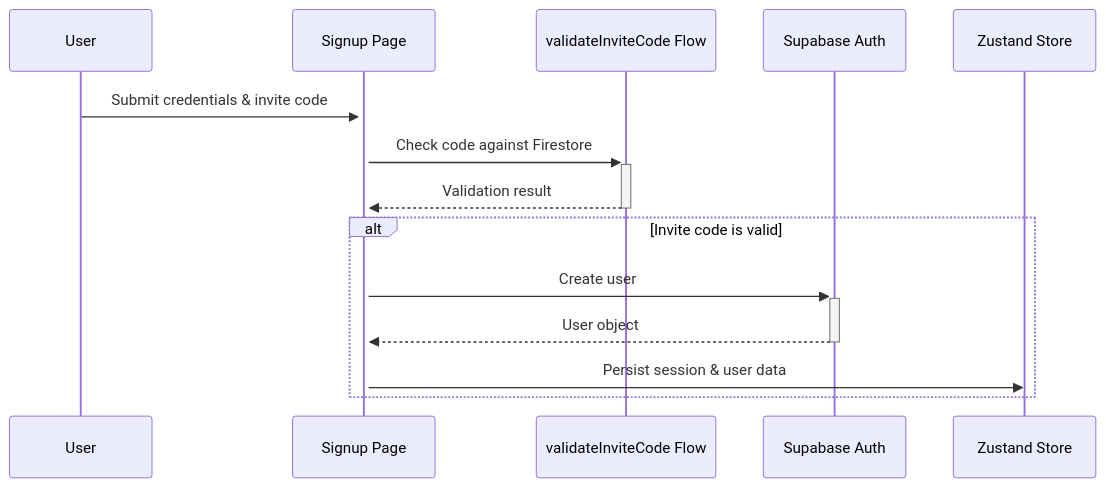
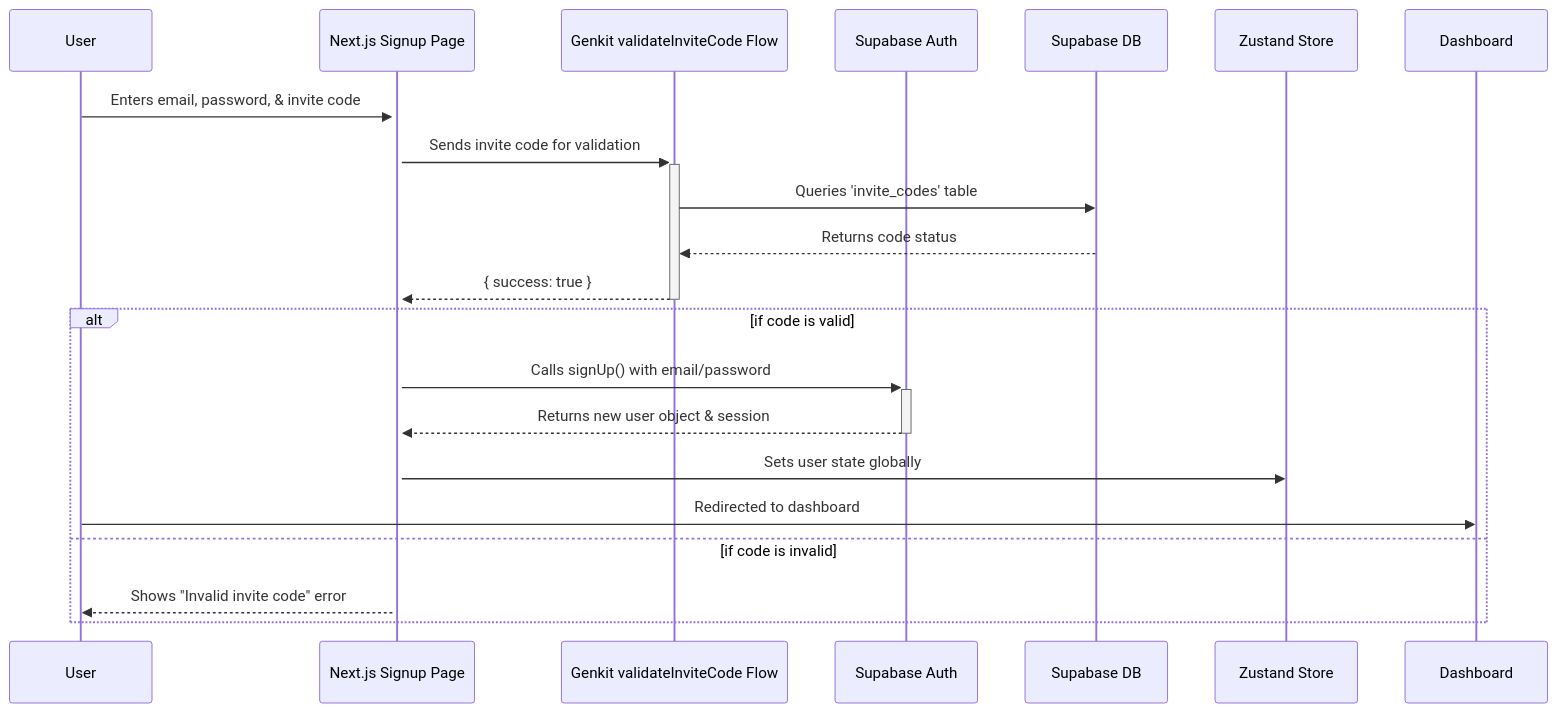
The second of 2 diagrams in docs/technical-spec.md (Intro0siddiqui/Elmiclan), drawn with Mermaid before and after one commit. The commit also changed other lines of this file and 10 other files, not shown here.

````diff
--- a/docs/technical-spec.md
+++ b/docs/technical-spec.md
@@ -18,11 +45,21 @@
-  ```mermaid
-  sequenceDiagram
-      User->>+Signup Page: Submit credentials & invite code
-      Signup Page->>+validateInviteCode Flow: Check code against Firestore
-      validateInviteCode Flow-->>-Signup Page: Validation result
-      alt Invite code is valid
-          Signup Page->>+Supabase Auth: Create user
-          Supabase Auth-->>-Signup Page: User object
-          Signup Page->>Zustand Store: Persist session & user data
-      end
-  ```
+```mermaid
+sequenceDiagram
+    participant User
+    participant SignupPage as Next.js Signup Page
+    participant ValidateFlow as Genkit validateInviteCode Flow
+    participant SupabaseAuth as Supabase Auth
+
+    User->>+SignupPage: Enters email, password, & invite code
+    SignupPage->>+ValidateFlow: Sends invite code for validation
+    ValidateFlow->>Supabase DB: Queries 'invite_codes' table
+    Supabase DB-->>ValidateFlow: Returns code status
+    ValidateFlow-->>-SignupPage: { success: true }
+    alt if code is valid
+        SignupPage->>+SupabaseAuth: Calls signUp() with email/password
+        SupabaseAuth-->>-SignupPage: Returns new user object & session
+        SignupPage->>Zustand Store: Sets user state globally
+        User->>Dashboard: Redirected to dashboard
+    else if code is invalid
+        SignupPage-->>User: Shows "Invalid invite code" error
+    end
+```
````
